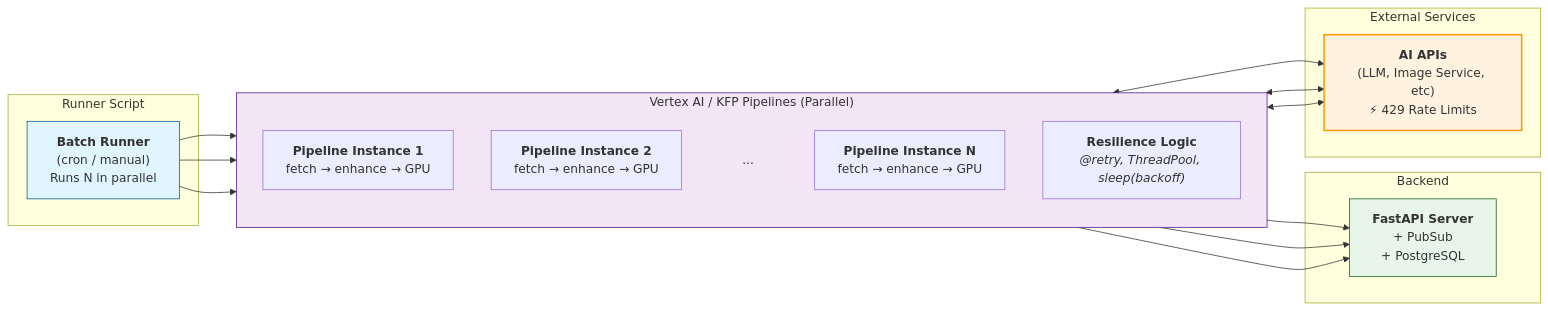
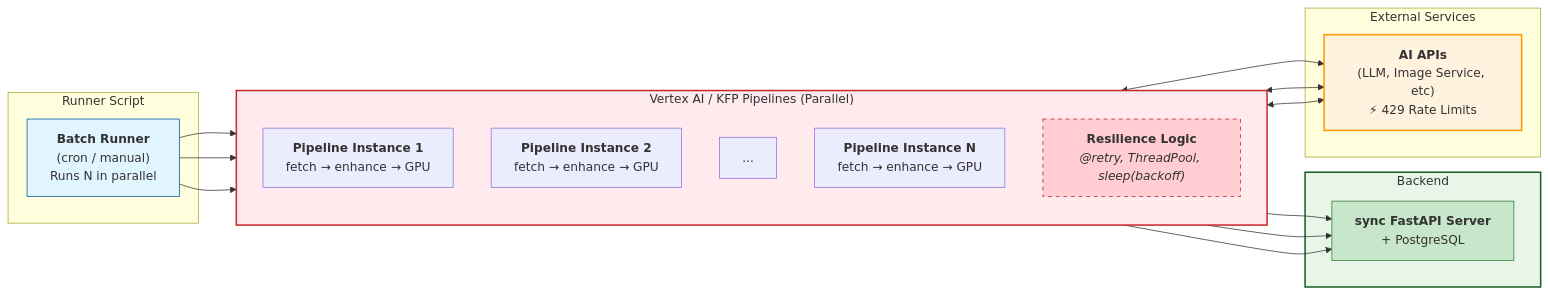
The diagram in docs/diagrams/kubecon-slide-stage1-architecture.mmd (deliveryhero/asya), drawn with Mermaid before and after one commit. The commit also changed 1 other file, not shown here.

```diff
--- a/docs/diagrams/kubecon-slide-stage1-architecture.mmd
+++ b/docs/diagrams/kubecon-slide-stage1-architecture.mmd
@@ -1,46 +1,47 @@
 graph LR
     %% Left Zone: Runner
     subgraph Runner ["Runner Script"]
     RS["<b>Batch Runner</b><br/>(cron / manual)<br/>Runs N in parallel"]
     end
 
     %% Middle Zone: Fan out to Parallel Pipelines
     subgraph KFP ["Vertex AI / KFP Pipelines (Parallel)"]
     direction TB
     P1["<b>Pipeline Instance 1</b><br/>fetch → enhance → GPU"]
     P2["<b>Pipeline Instance 2</b><br/>fetch → enhance → GPU"]
     P_dots["..."]
     PN["<b>Pipeline Instance N</b><br/>fetch → enhance → GPU"]
 
     Logic["<b>Resilience Logic</b><br/><i>@retry, ThreadPool, sleep(backoff)</i>"]
     end
 
     %% Right Zone: Backend
     subgraph Backend ["Backend"]
-    BE["<b>FastAPI Server</b><br/>+ PubSub<br/>+ PostgreSQL"]
+    BE["<b>sync FastAPI Server</b><br/>+ PostgreSQL"]
     end
 
     %% External AI block
     subgraph External ["External Services"]
     AI["<b>AI APIs</b><br/>(LLM, Image Service, etc)<br/>⚡ 429 Rate Limits"]
     end
 
     %% Connections
     RS --> P1
     RS --> P2
     RS --> PN
 
     P1 <--> AI
     P2 <--> AI
     PN <--> AI
 
     P1 --> BE
     P2 --> BE
     PN --> BE
 
     %% Styling
     style AI fill:#fff3e0,stroke:#ff9800,stroke-width:2px
     style RS fill:#e1f5fe,stroke:#01579b
-    style KFP fill:#f3e5f5,stroke:#4a148c
-    style BE fill:#e8f5e9,stroke:#1b5e20
-    style P_dots fill:none,stroke:none
+    style KFP fill:#ffebee,stroke:#c62828,stroke-width:2px
+    style Logic fill:#ffcdd2,stroke:#b71c1c,stroke-width:1px,stroke-dasharray: 5 5
+    style Backend fill:#e8f5e9,stroke:#1b5e20,stroke-width:2px
+    style BE fill:#c8e6c9,stroke:#2e7d32
```
